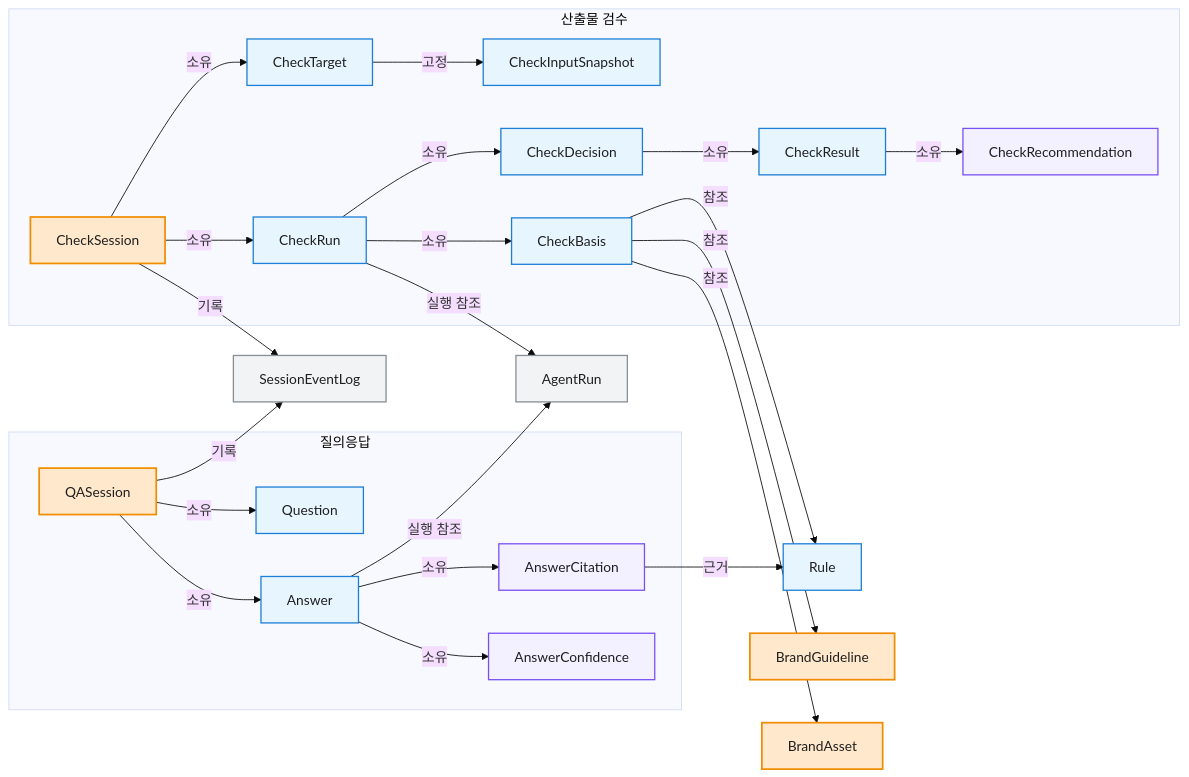
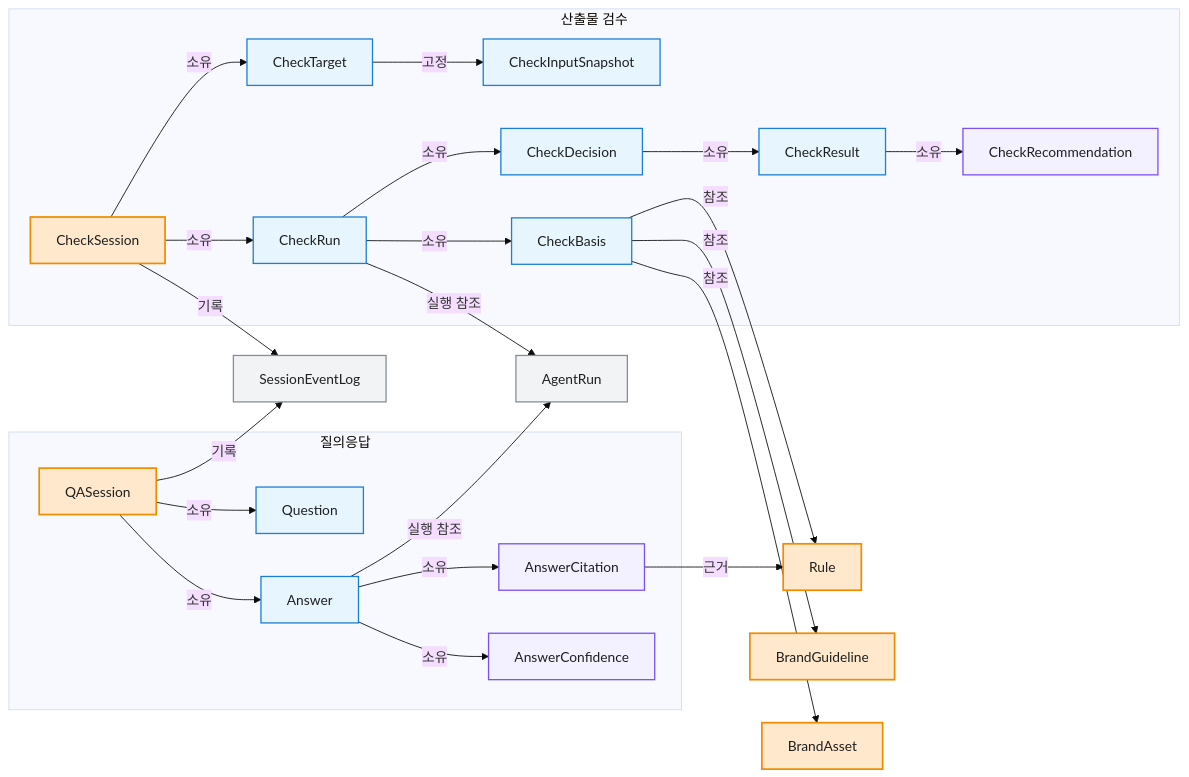
One commit to ewoooo/living-brand-system changed the fifth of 5 diagrams in docs/04-domain-model.md. Above: the diagram before and after it, drawn with Mermaid (base theme). The commit also changed other lines of this file and 2 other files, not shown here.

Commit message:
docs: align rule ownership with brand resources

````diff
--- a/docs/04-domain-model.md
+++ b/docs/04-domain-model.md
@@ -409,60 +411,60 @@
 ```mermaid
 flowchart LR
   Rule["Rule"]
 
   subgraph QA["질의응답"]
     QASession["QASession"]
     Question["Question"]
     Answer["Answer"]
     AnswerCitation["AnswerCitation"]
     AnswerConfidence["AnswerConfidence"]
   end
 
   subgraph Check["산출물 검수"]
     CheckSession["CheckSession"]
     CheckTarget["CheckTarget"]
     CheckInputSnapshot["CheckInputSnapshot"]
     CheckRun["CheckRun"]
     CheckBasis["CheckBasis"]
     CheckResult["CheckResult"]
     CheckRecommendation["CheckRecommendation"]
     CheckDecision["CheckDecision"]
   end
 
   AgentRun["AgentRun"]
   BrandGuideline["BrandGuideline"]
   BrandAsset["BrandAsset"]
   SessionEventLog["SessionEventLog"]
 
   QASession -->|"소유"| Question
   QASession -->|"소유"| Answer
   Answer -->|"소유"| AnswerCitation
   Answer -->|"소유"| AnswerConfidence
   AnswerCitation -->|"근거"| Rule
   Answer -->|"실행 참조"| AgentRun
 
   CheckSession -->|"소유"| CheckTarget
   CheckTarget -->|"고정"| CheckInputSnapshot
   CheckSession -->|"소유"| CheckRun
   CheckRun -->|"소유"| CheckBasis
   CheckBasis -->|"참조"| BrandGuideline
   CheckBasis -->|"참조"| Rule
   CheckBasis -->|"참조"| BrandAsset
   CheckRun -->|"소유"| CheckDecision
   CheckDecision -->|"소유"| CheckResult
   CheckResult -->|"소유"| CheckRecommendation
   CheckRun -->|"실행 참조"| AgentRun
 
   QASession -->|"기록"| SessionEventLog
   CheckSession -->|"기록"| SessionEventLog
 
   classDef aggregate fill:#FFE8CC,stroke:#F08C00,stroke-width:2px,color:#1F1F1F;
   classDef entity fill:#E7F5FF,stroke:#1C7ED6,stroke-width:1.5px,color:#1F1F1F;
   classDef childEntity fill:#F3F0FF,stroke:#7950F2,stroke-width:1.5px,color:#1F1F1F;
   classDef record fill:#F1F3F5,stroke:#868E96,stroke-width:1.5px,color:#1F1F1F;
 
-  class QASession,CheckSession,BrandGuideline,BrandAsset aggregate;
-  class Rule,Question,Answer,CheckTarget,CheckInputSnapshot,CheckRun,CheckBasis,CheckDecision,CheckResult entity;
+  class QASession,CheckSession,BrandGuideline,Rule,BrandAsset aggregate;
+  class Question,Answer,CheckTarget,CheckInputSnapshot,CheckRun,CheckBasis,CheckDecision,CheckResult entity;
   class AnswerCitation,AnswerConfidence,CheckRecommendation childEntity;
   class AgentRun,SessionEventLog record;
 ```
````
